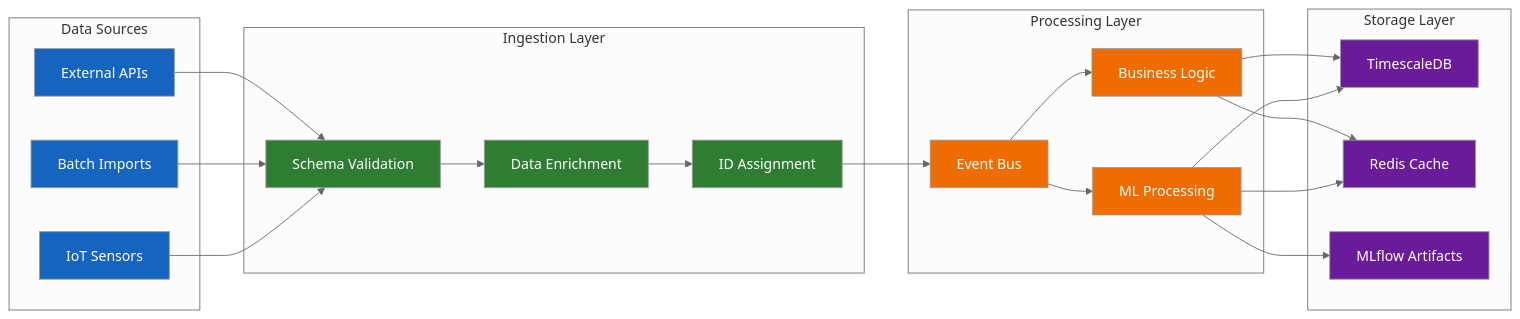
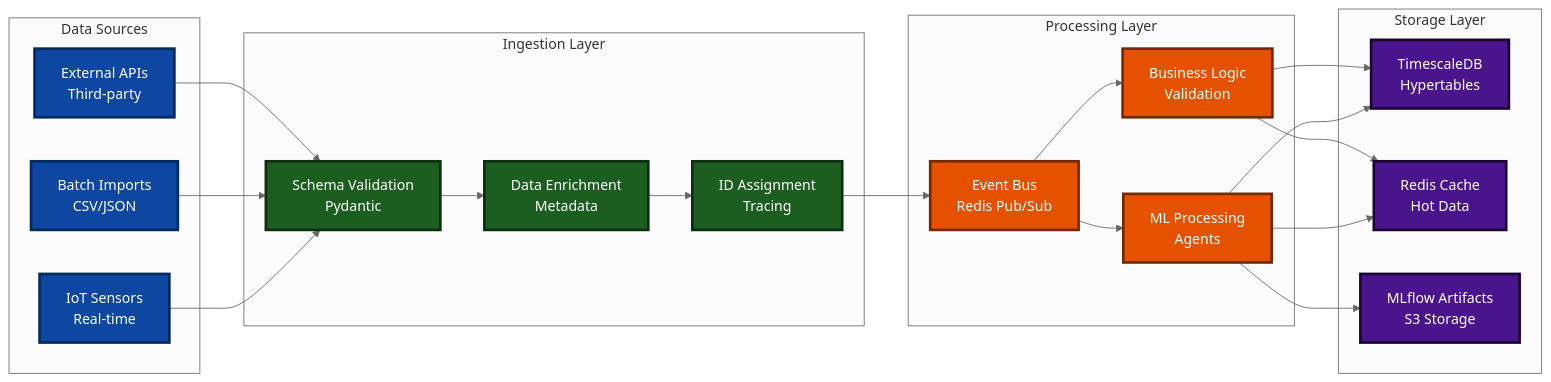
Before and after one commit to YanCotta/enterprise_challenge_sprint_1_hermes_reply: diagram 19 of 25 in smart-maintenance-saas/docs/SYSTEM_AND_ARCHITECTURE.md, drawn with Mermaid (neutral theme). The commit also changed other lines of this file, not shown here.

Commit message:
Add comprehensive system diagrams with darker colors for better visibility

````diff
--- a/smart-maintenance-saas/docs/SYSTEM_AND_ARCHITECTURE.md
+++ b/smart-maintenance-saas/docs/SYSTEM_AND_ARCHITECTURE.md
@@ -701,54 +1318,54 @@
 ```mermaid
 flowchart LR
     subgraph "Data Sources"
-        SENSORS[IoT Sensors]
-        BATCH[Batch Imports]
-        EXTERNAL[External APIs]
+        SENSORS[IoT Sensors<br/>Real-time]
+        BATCH[Batch Imports<br/>CSV/JSON]
+        EXTERNAL[External APIs<br/>Third-party]
     end
 
     subgraph "Ingestion Layer"
-        VALIDATE[Schema Validation]
-        ENRICH[Data Enrichment]
-        CORRELATION[ID Assignment]
+        VALIDATE[Schema Validation<br/>Pydantic]
+        ENRICH[Data Enrichment<br/>Metadata]
+        CORRELATION[ID Assignment<br/>Tracing]
     end
 
     subgraph "Processing Layer"
-        EVENT_BUS[Event Bus]
-        ML_PIPELINE[ML Processing]
-        BUSINESS_RULES[Business Logic]
+        EVENT_BUS[Event Bus<br/>Redis Pub/Sub]
+        ML_PIPELINE[ML Processing<br/>Agents]
+        BUSINESS_RULES[Business Logic<br/>Validation]
     end
 
     subgraph "Storage Layer"
-        TIMESERIES[TimescaleDB]
-        CACHE[Redis Cache]
-        ARTIFACTS[MLflow Artifacts]
+        TIMESERIES[TimescaleDB<br/>Hypertables]
+        CACHE[Redis Cache<br/>Hot Data]
+        ARTIFACTS[MLflow Artifacts<br/>S3 Storage]
     end
 
     SENSORS --> VALIDATE
     BATCH --> VALIDATE
     EXTERNAL --> VALIDATE
 
     VALIDATE --> ENRICH
     ENRICH --> CORRELATION
     CORRELATION --> EVENT_BUS
 
     EVENT_BUS --> ML_PIPELINE
     EVENT_BUS --> BUSINESS_RULES
 
     ML_PIPELINE --> TIMESERIES
     ML_PIPELINE --> CACHE
     ML_PIPELINE --> ARTIFACTS
 
     BUSINESS_RULES --> TIMESERIES
     BUSINESS_RULES --> CACHE
 
-    classDef sources fill:#1565C0,color:#ffffff
-    classDef ingestion fill:#2E7D32,color:#ffffff
-    classDef processing fill:#EF6C00,color:#ffffff
-    classDef storage fill:#6A1B9A,color:#ffffff
+    classDef sources fill:#0D47A1,color:#ffffff,stroke:#062a5e,stroke-width:3px
+    classDef ingestion fill:#1B5E20,color:#ffffff,stroke:#0d2f10,stroke-width:3px
+    classDef processing fill:#E65100,color:#ffffff,stroke:#732800,stroke-width:3px
+    classDef storage fill:#4A148C,color:#ffffff,stroke:#1a0632,stroke-width:3px
 
     class SENSORS,BATCH,EXTERNAL sources
     class VALIDATE,ENRICH,CORRELATION ingestion
     class EVENT_BUS,ML_PIPELINE,BUSINESS_RULES processing
     class TIMESERIES,CACHE,ARTIFACTS storage
 ```
````
